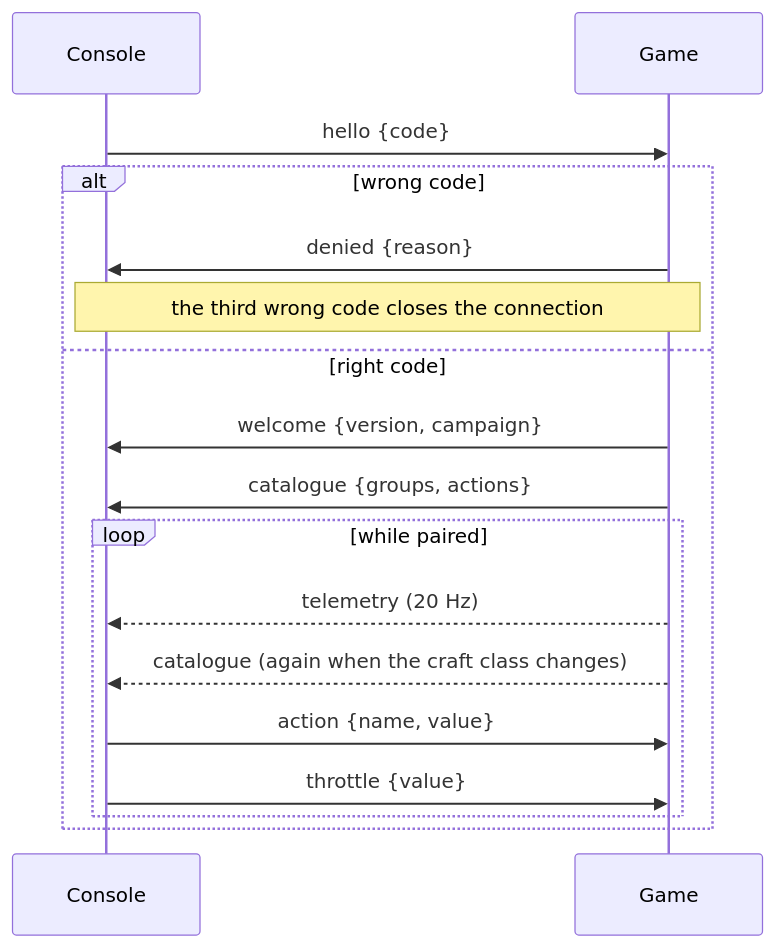
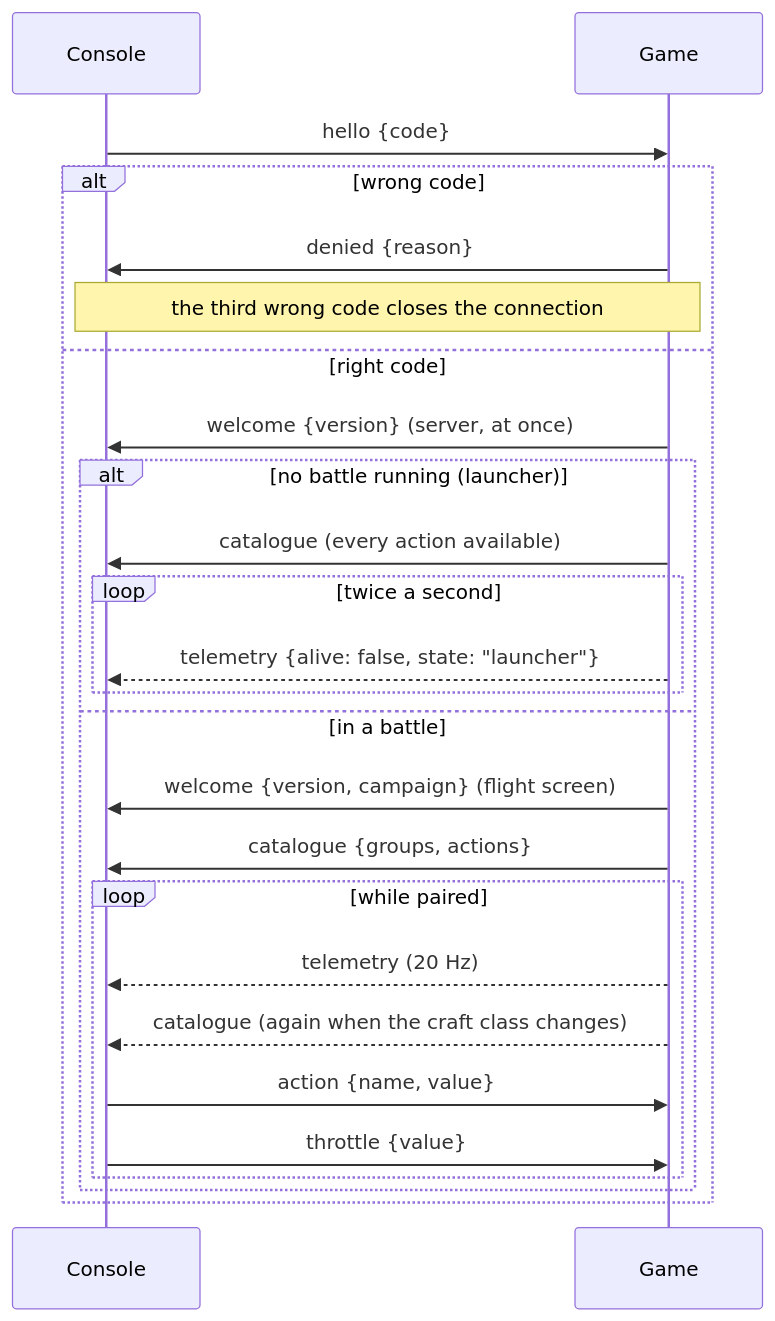
The diagram in docs/specification/console-protocol.md (bbogovich/OpenInterceptor), drawn with Mermaid before and after one commit. The commit also changed other lines of this file and 27 other files, not shown here.

````diff
--- a/docs/specification/console-protocol.md
+++ b/docs/specification/console-protocol.md
@@ -37,19 +40,27 @@
 ```mermaid
 sequenceDiagram
     participant C as Console
     participant G as Game
     C->>G: hello {code}
     alt wrong code
         G->>C: denied {reason}
         Note over C,G: the third wrong code closes the connection
     else right code
-        G->>C: welcome {version, campaign}
-        G->>C: catalogue {groups, actions}
-        loop while paired
-            G-->>C: telemetry (20 Hz)
-            G-->>C: catalogue (again when the craft class changes)
-            C->>G: action {name, value}
-            C->>G: throttle {value}
+        G->>C: welcome {version} (server, at once)
+        alt no battle running (launcher)
+            G->>C: catalogue (every action available)
+            loop twice a second
+                G-->>C: telemetry {alive: false, state: "launcher"}
+            end
+        else in a battle
+            G->>C: welcome {version, campaign} (flight screen)
+            G->>C: catalogue {groups, actions}
+            loop while paired
+                G-->>C: telemetry (20 Hz)
+                G-->>C: catalogue (again when the craft class changes)
+                C->>G: action {name, value}
+                C->>G: throttle {value}
+            end
         end
     end
 ```
````
